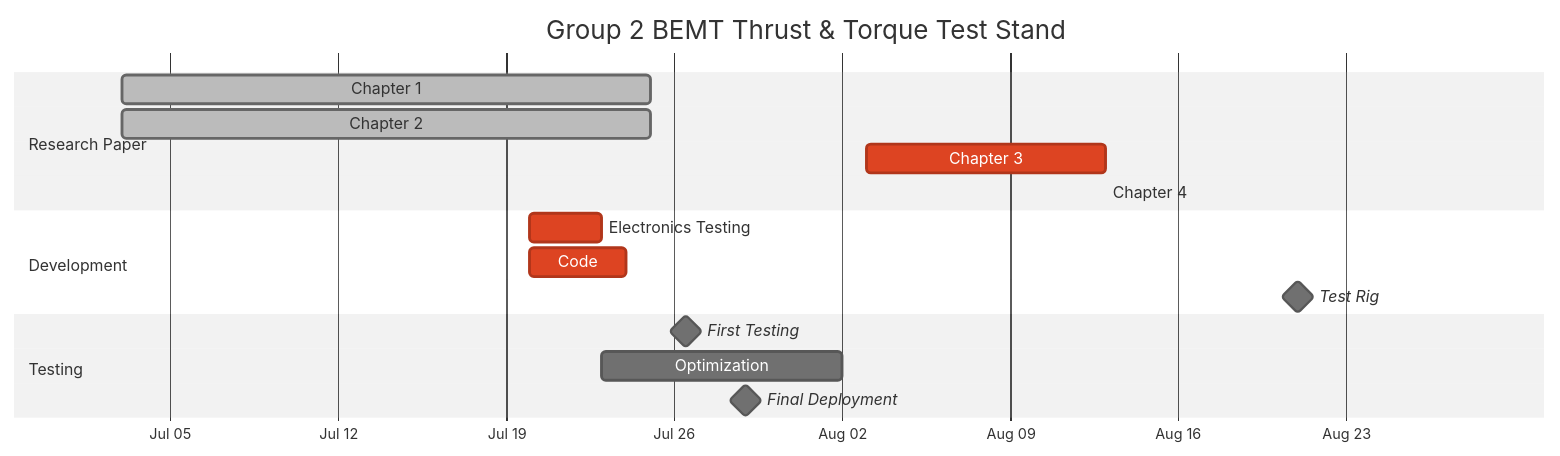
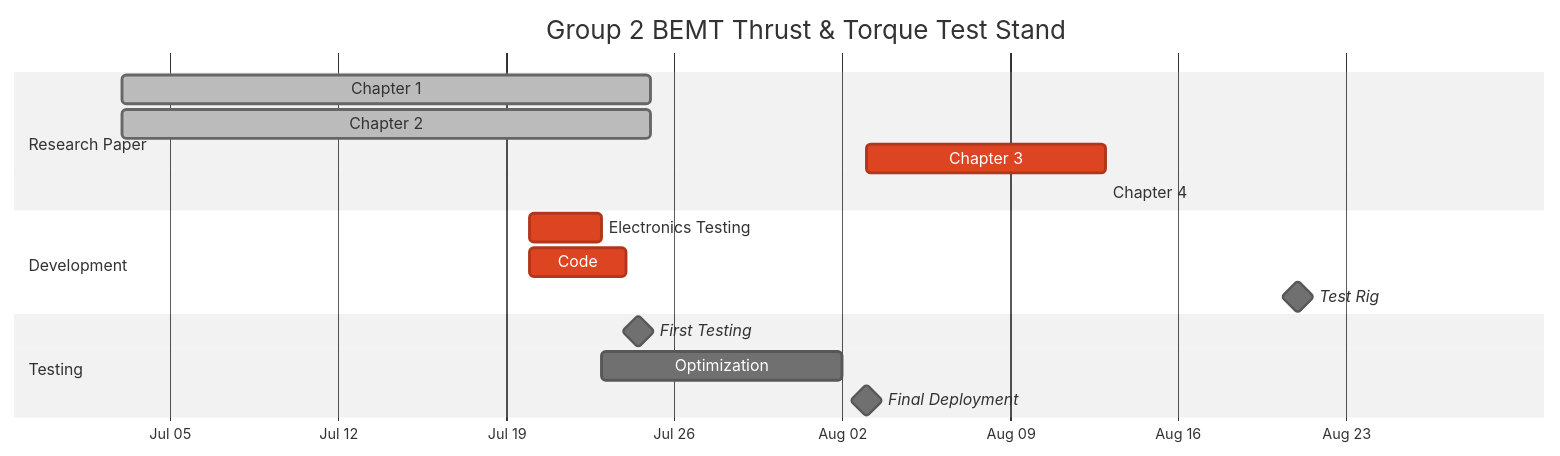
Before and after one commit to mdy-aap/AE-416-Research: the diagram in Group 2/1_ganttchart.md, drawn with Mermaid (neutral theme).

````diff
--- a/Group 2/1_ganttchart.md
+++ b/Group 2/1_ganttchart.md
@@ -1,22 +1,22 @@
 ```mermaid
 gantt
     title Group 2 BEMT Thrust & Torque Test Stand
     dateFormat  YYYY-MM-DD
     axisFormat  %b %d
 
     section Research Paper
     Chapter 1            :done,   des1, 2026-07-03, 2026-07-25
     Chapter 2            :done,   des2, 2026-07-03, 2026-07-25
     Chapter 3            :crit,   des3, 2026-08-03, 10d
     Chapter 4            :active, des4
 
     section Development
-    Electronics Testing  :crit,       dev1, 2026-07-20, 3d
-    Code                 :crit,       dev2, 2026-07-20, 4d
+    Electronics Testing  :crit,       dev, 2026-07-20, 3d
+    Code                 :crit,       dev, 2026-07-20, 4d
     Test Rig             :milestone,  dev3, after des3, 16d
 
     section Testing
-    First Testing        :milestone, dev,  after dev2, 5d
+    First Testing        :milestone, dev,  after dev2, 1d
     Optimization         :  dev, after dev1, 10d
-    Final Deployment     :milestone, dev, after qa1, 0d
+    Final Deployment     :milestone, dev, after 1, 0d
 ```
````
